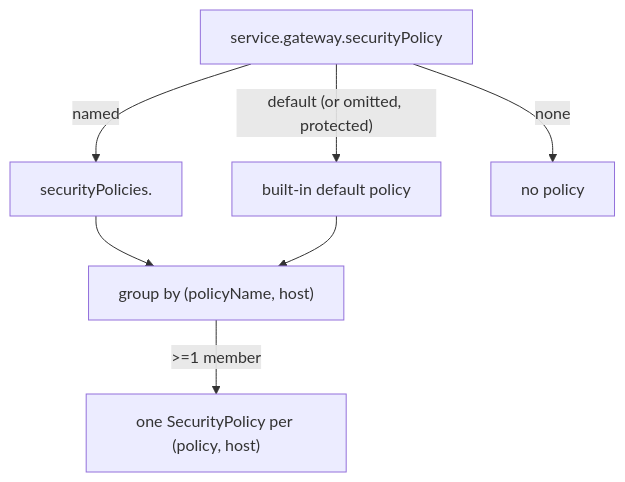
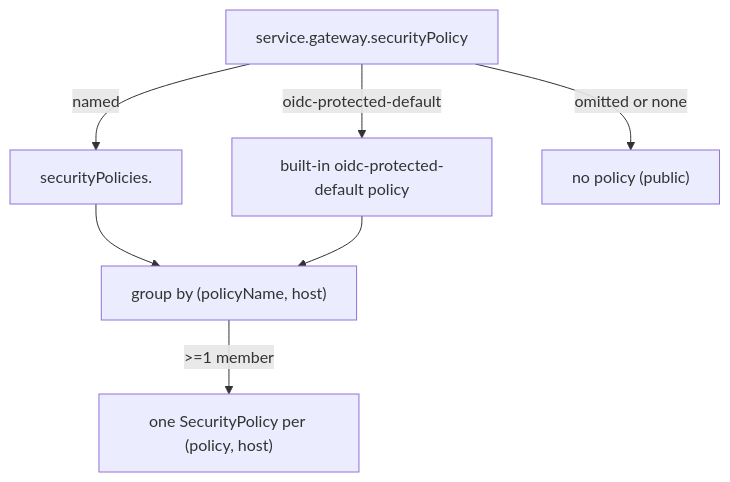
Before and after one commit to chanzuckerberg/argo-helm-charts: the diagram in stack/docs/named-security-policies.md, drawn with Mermaid. The commit also changed other lines of this file, not shown here.

First line of the commit message:
docs(stack): rename built-in policy to oidc-protected-default

````diff
--- a/stack/docs/named-security-policies.md
+++ b/stack/docs/named-security-policies.md
@@ -19,9 +19,9 @@
 ```mermaid
 flowchart TD
   svc["service.gateway.securityPolicy"] -->|"named"| named["securityPolicies.<name>"]
-  svc -->|"default (or omitted, protected)"| def["built-in default policy"]
-  svc -->|"none"| public["no policy"]
+  svc -->|"oidc-protected-default"| def["built-in oidc-protected-default policy"]
+  svc -->|"omitted or none"| public["no policy (public)"]
   named --> group["group by (policyName, host)"]
   def --> group
   group -->|">=1 member"| onePolicy["one SecurityPolicy per (policy, host)"]
 ```
````
